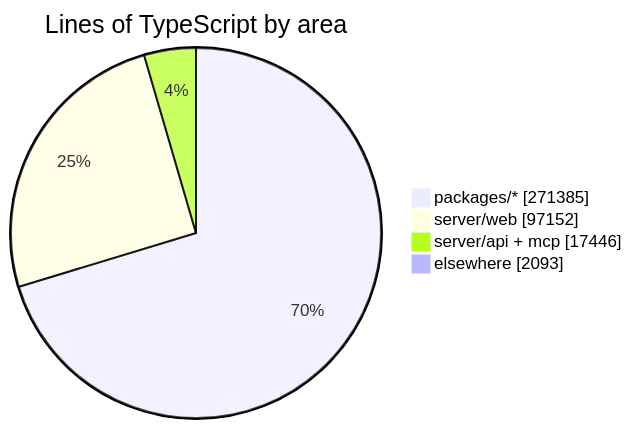
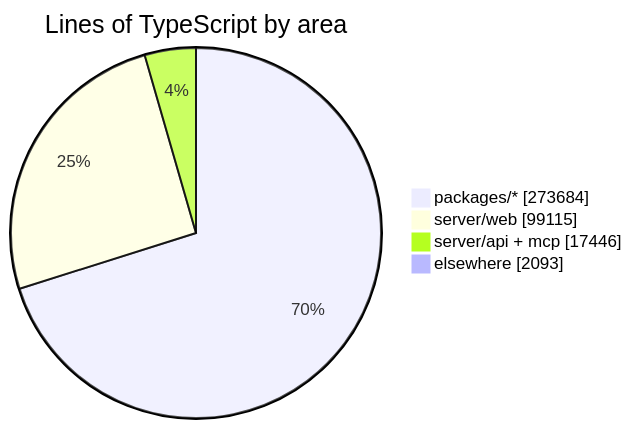
One commit to crossworks-engineering/mantle changed the diagram in README.md. Above: the diagram before and after it, drawn with Mermaid. The commit also changed other lines of this file and 2 other files, not shown here.

````diff
--- a/README.md
+++ b/README.md
@@ -294,7 +294,7 @@
 ```mermaid
 pie showData title Lines of TypeScript by area
-    "packages/*" : 271385
-    "server/web" : 97152
+    "packages/*" : 273684
+    "server/web" : 99115
     "server/api + mcp" : 17446
     "elsewhere" : 2093
 ```
````
